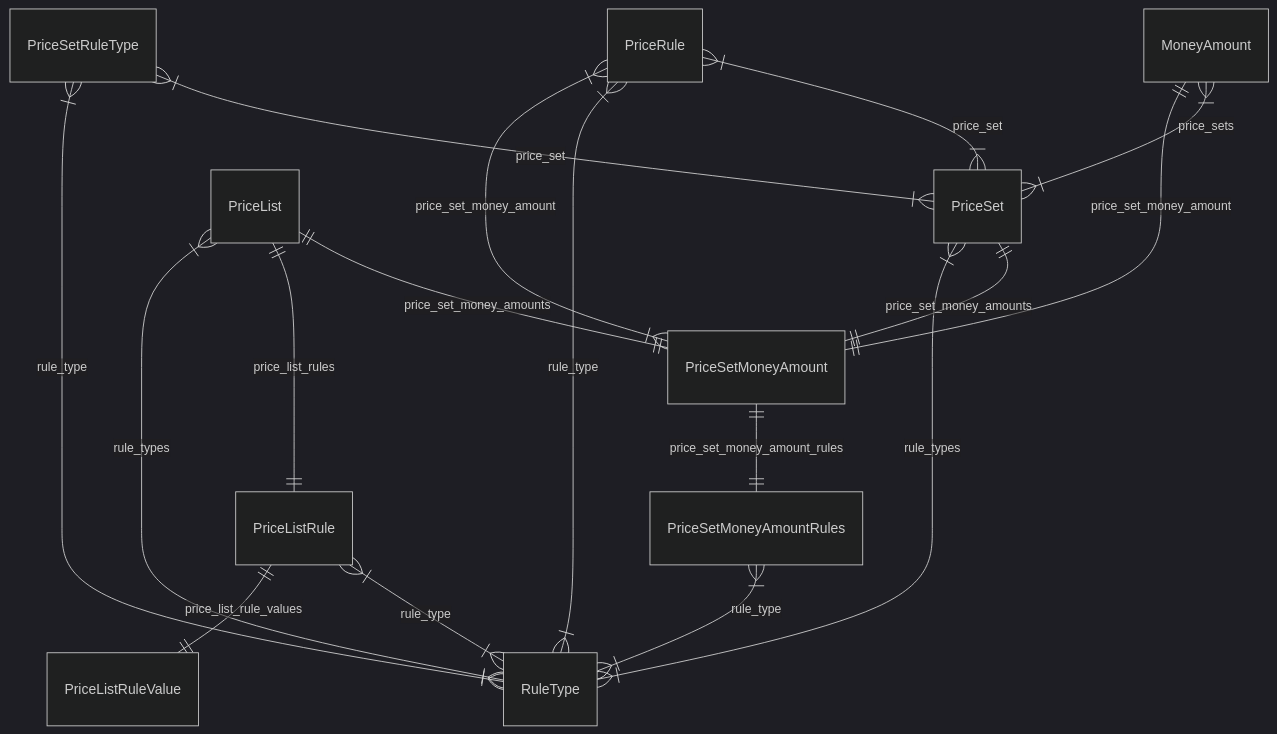
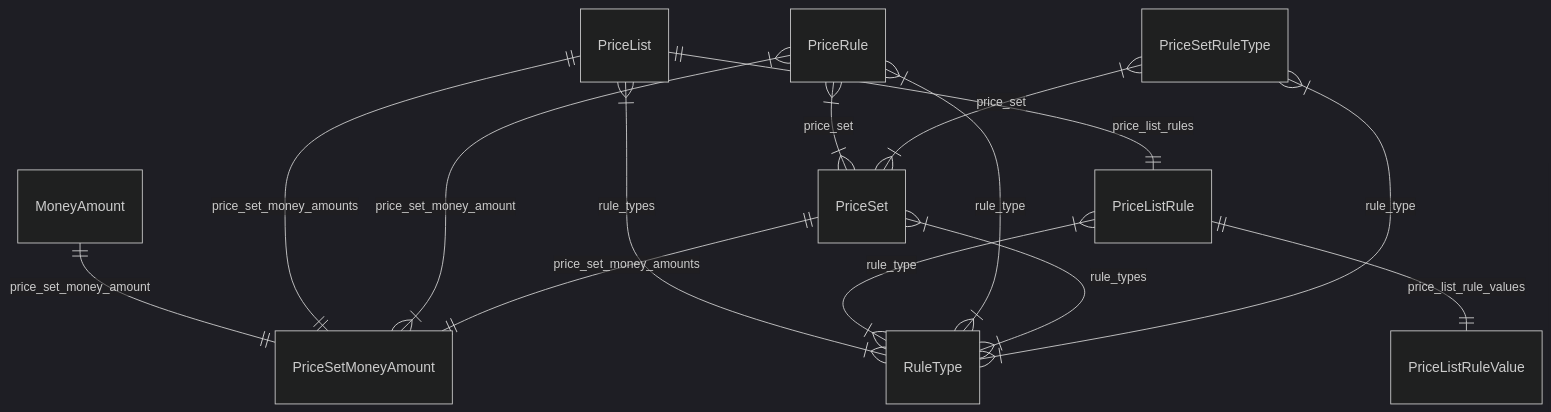
Before and after one commit to medusajs/medusa: the diagram in www/apps/docs/content/references/modules/pricing_models.mdx, drawn with Mermaid (dark theme). The commit also changed other lines of this file and 385 other files, not shown here.

````diff
--- a/www/apps/docs/content/references/modules/pricing_models.mdx
+++ b/www/apps/docs/content/references/modules/pricing_models.mdx
@@ -14,20 +14,17 @@
 ```mermaid
 erDiagram
-	MoneyAmount }|--|{ PriceSet : price_sets
 	MoneyAmount ||--|| PriceSetMoneyAmount : price_set_money_amount
 	PriceList ||--|| PriceSetMoneyAmount : price_set_money_amounts
 	PriceList ||--|| PriceListRule : price_list_rules
 	PriceList }|--|{ RuleType : rule_types
 	PriceListRule }|--|{ RuleType : rule_type
 	PriceListRule ||--|| PriceListRuleValue : price_list_rule_values
 	PriceRule }|--|{ PriceSet : price_set
 	PriceRule }|--|{ RuleType : rule_type
 	PriceRule }|--|{ PriceSetMoneyAmount : price_set_money_amount
 	PriceSet ||--|| PriceSetMoneyAmount : price_set_money_amounts
 	PriceSet }|--|{ RuleType : rule_types
-	PriceSetMoneyAmount ||--|| PriceSetMoneyAmountRules : price_set_money_amount_rules
-	PriceSetMoneyAmountRules }|--|{ RuleType : rule_type
 	PriceSetRuleType }|--|{ PriceSet : price_set
 	PriceSetRuleType }|--|{ RuleType : rule_type
 
 ```
````
